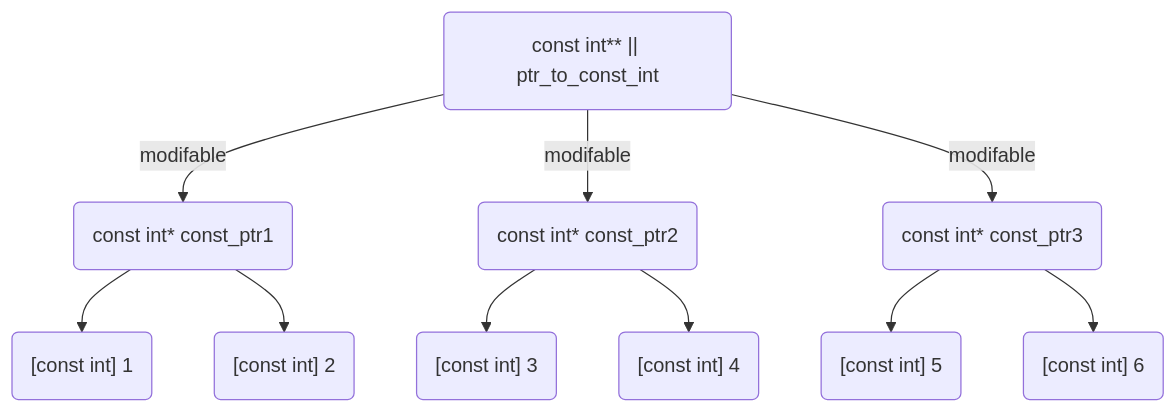
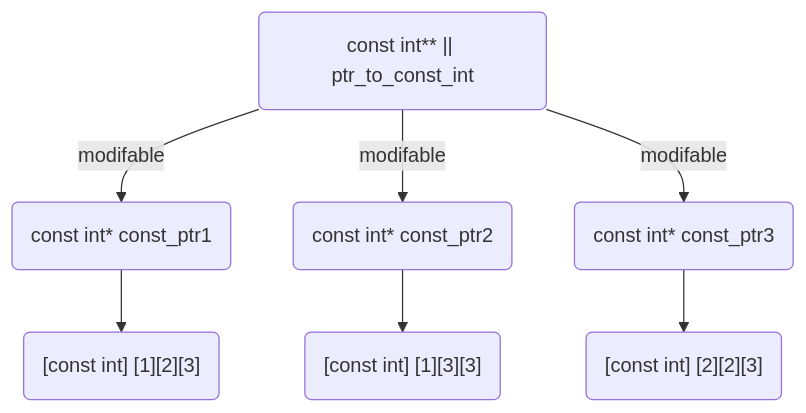
The second of 3 diagrams in ModolarProgramming/Fifth_lesson_DynamicAlloc/visualiztion.md (YanivGabay/cs-lectures-by-yaniv-gabay), drawn with Mermaid before and after one commit. The commit also changed other lines of this file and 9 other files, not shown here.

Commit message:
updated the graph

````diff
--- a/ModolarProgramming/Fifth_lesson_DynamicAlloc/visualiztion.md
+++ b/ModolarProgramming/Fifth_lesson_DynamicAlloc/visualiztion.md
@@ -18,13 +18,13 @@
 ```mermaid
 graph TD;
     constIntPtrArray("const int** || ptr_to_const_int") --modifable-->  constPtr1("const int* const_ptr1")
     constIntPtrArray --modifable--> constPtr2("const int* const_ptr2")
     constIntPtrArray --modifable-->  constPtr3("const int* const_ptr3")
-    constPtr1 --> int1("[const int] 1")
-    constPtr1 --> int2("[const int] 2")
-    constPtr2 --> int3("[const int] 3")
-    constPtr2 --> int4("[const int] 4")
-    constPtr3 --> int5("[const int] 5")
-    constPtr3 --> int6("[const int] 6")
+    constPtr1 --> int1("[const int] [1][2][3]")
+    
+    constPtr2 --> int3("[const int] [1][3][3]")
+  
+    constPtr3 --> int5("[const int] [2][2][3]")
+ 
 
 ```
````
